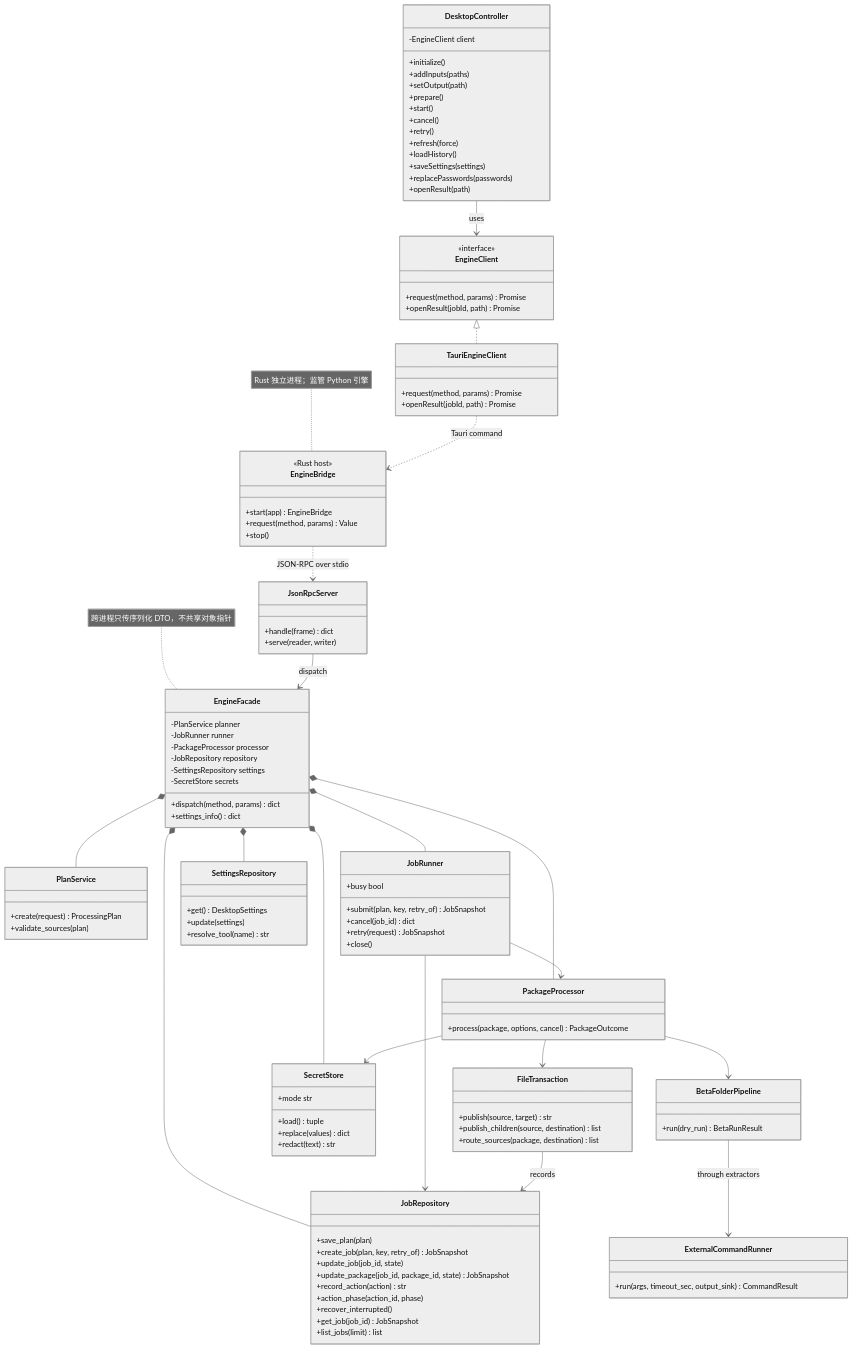
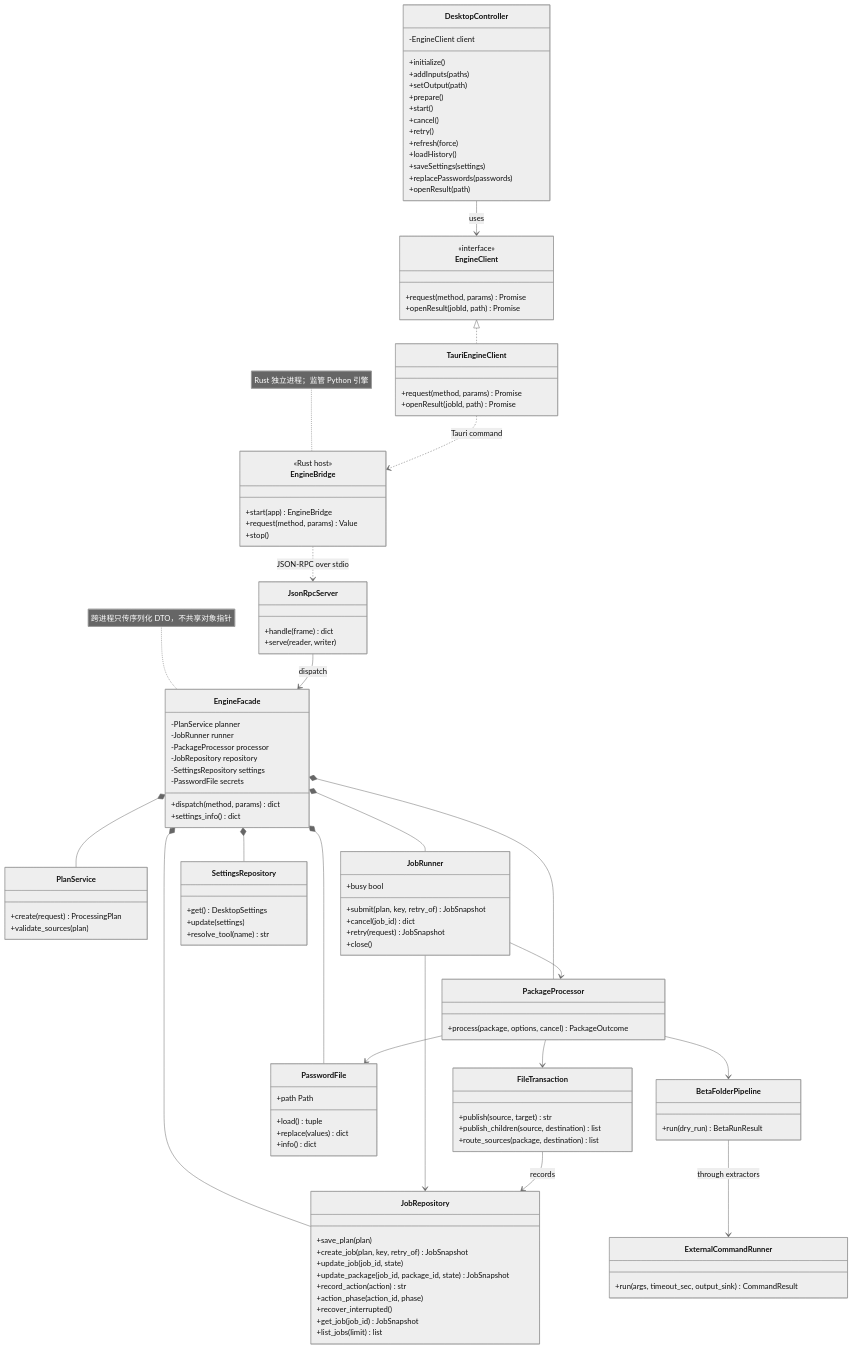
The second of 7 diagrams in docs/desktop-design.md (WOO-woo-Waf/reorder), drawn with Mermaid (neutral theme) before and after one commit. The commit also changed other lines of this file and 46 other files, not shown here.

```diff
--- a/docs/desktop-design.md
+++ b/docs/desktop-design.md
@@ -125,7 +125,7 @@
     -PackageProcessor processor
     -JobRepository repository
     -SettingsRepository settings
-    -SecretStore secrets
+    -PasswordFile secrets
     +dispatch(method, params) dict
     +settings_info() dict
   }
@@ -164,11 +164,11 @@
     +update(settings)
     +resolve_tool(name) str
   }
-  class SecretStore {
+  class PasswordFile {
     +load() tuple
     +replace(values) dict
-    +redact(text) str
-    +mode str
+    +info() dict
+    +path Path
   }
   class ExternalCommandRunner {
     +run(args, timeout_sec, output_sink) CommandResult
@@ -186,12 +186,12 @@
   EngineFacade *-- PackageProcessor
   EngineFacade *-- JobRepository
   EngineFacade *-- SettingsRepository
-  EngineFacade *-- SecretStore
+  EngineFacade *-- PasswordFile
   JobRunner --> PackageProcessor
   JobRunner --> JobRepository
   PackageProcessor --> BetaFolderPipeline
   PackageProcessor --> FileTransaction
-  PackageProcessor --> SecretStore
+  PackageProcessor --> PasswordFile
   FileTransaction --> JobRepository : records
   BetaFolderPipeline --> ExternalCommandRunner : through extractors
   note for EngineBridge "Rust 独立进程；监管 Python 引擎"
```
